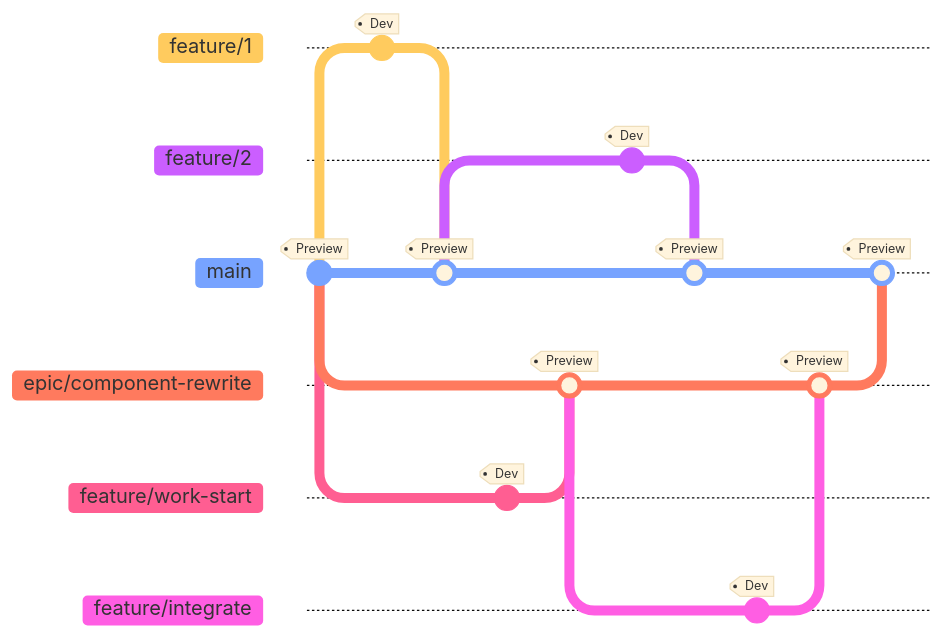
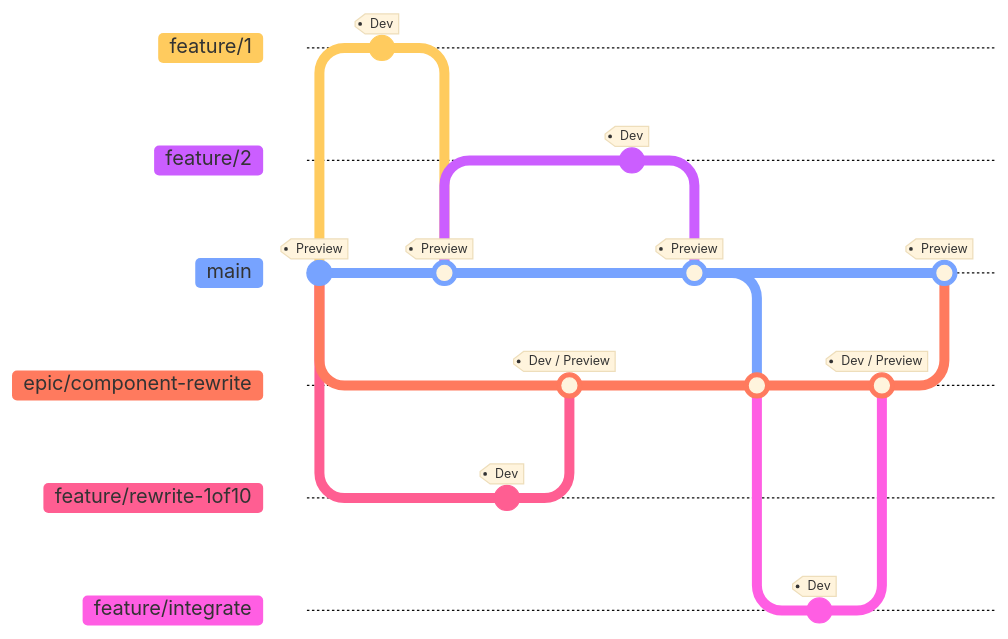
One commit to Kaplas80/PleOps.Cake changed the second of 4 diagrams in docs/articles/workflows/gitflow-detailed.md. Above: the diagram before and after it, drawn with Mermaid. The commit also changed other lines of this file, not shown here. Commit ids are hidden.

Commit message:
📖Describe main release

````diff
--- a/docs/articles/workflows/gitflow-detailed.md
+++ b/docs/articles/workflows/gitflow-detailed.md
@@ -56,46 +57,49 @@
 ```mermaid
 ---
 config:
   theme: base
   gitGraph:
     showCommitLabel: false
     mainBranchOrder: 2
 ---
 
 gitGraph LR:
   commit tag: "Preview"
 
   %% Epic branch start
   branch epic/component-rewrite order: 3
 
   %% Regular feature
   branch feature/1 order: 0
   commit tag: "Dev"
   checkout main
   merge feature/1 tag: "Preview"
 
   %% Feature for the epic
   checkout epic/component-rewrite
-  branch feature/work-start order: 4
+  branch feature/rewrite-1of10 order: 4
   commit tag: "Dev"
   checkout epic/component-rewrite
-  merge feature/work-start tag: "Preview"
+  merge feature/rewrite-1of10 tag: "Dev / Preview"
 
   %% Regular feature
   checkout main
   branch feature/2 order: 0
   commit tag: "Dev"
   checkout main
   merge feature/2 tag: "Preview"
 
+  %% Merge into epic latest changes
+  checkout epic/component-rewrite
+  merge main
+
   %% Other epic feature
-  checkout epic/component-rewrite
   branch feature/integrate order: 5
   commit tag: "Dev"
   checkout epic/component-rewrite
-  merge feature/integrate tag: "Preview"
+  merge feature/integrate tag: "Dev / Preview"
 
   %% Merge back soon!
   checkout main
   merge epic/component-rewrite tag: "Preview"
 ```
````
